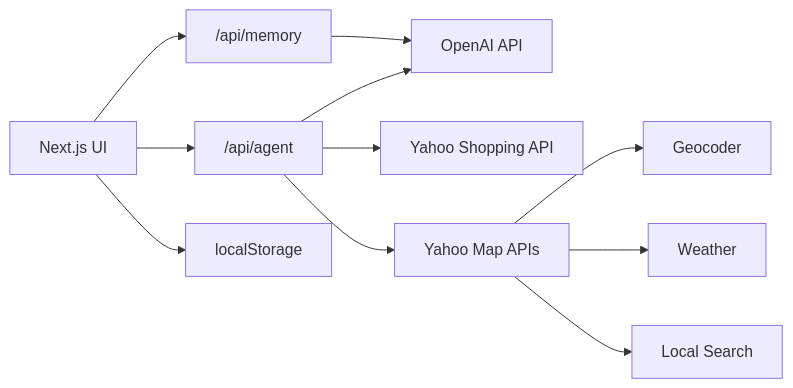
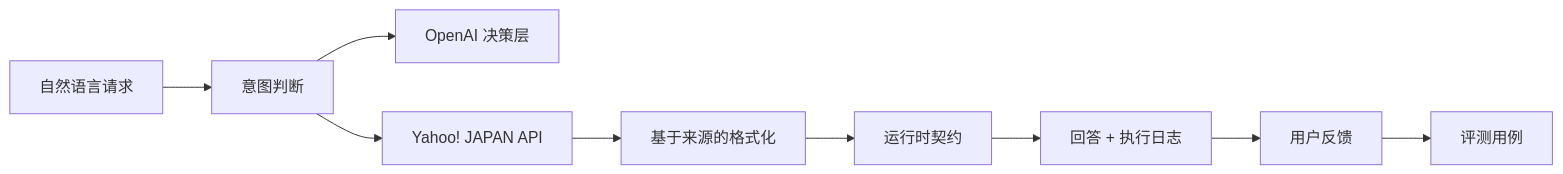
The diagram in docs/README.zh-CN.md (dragonwang71/agent-yh-prototype), drawn with Mermaid before and after one commit. The commit also changed other lines of this file and 36 other files, not shown here.

Commit message:
Upgrade Agent yh experience and engineering harness (#1)

````diff
--- a/docs/README.zh-CN.md
+++ b/docs/README.zh-CN.md
@@ -69,16 +26,11 @@
 ```mermaid
 flowchart LR
-  UI["Next.js UI"] --> Agent["/api/agent"]
-  UI --> MemoryAPI["/api/memory"]
-
-  Agent --> OpenAI["OpenAI API"]
-  Agent --> YahooShopping["Yahoo Shopping API"]
-  Agent --> YahooMap["Yahoo Map APIs"]
-
-  YahooMap --> Geo["Geocoder"]
-  YahooMap --> Weather["Weather"]
-  YahooMap --> Local["Local Search"]
-
-  MemoryAPI --> OpenAI
-  UI --> Storage["localStorage"]
+  Request["自然语言请求"] --> Intent["意图判断"]
+  Intent --> OpenAI["OpenAI 决策层"]
+  Intent --> Yahoo["Yahoo! JAPAN API"]
+  Yahoo --> Format["基于来源的格式化"]
+  Format --> Contract["运行时契约"]
+  Contract --> UI["回答 + 执行日志"]
+  UI --> Feedback["用户反馈"]
+  Feedback --> Harness["评测用例"]
 ```
````
